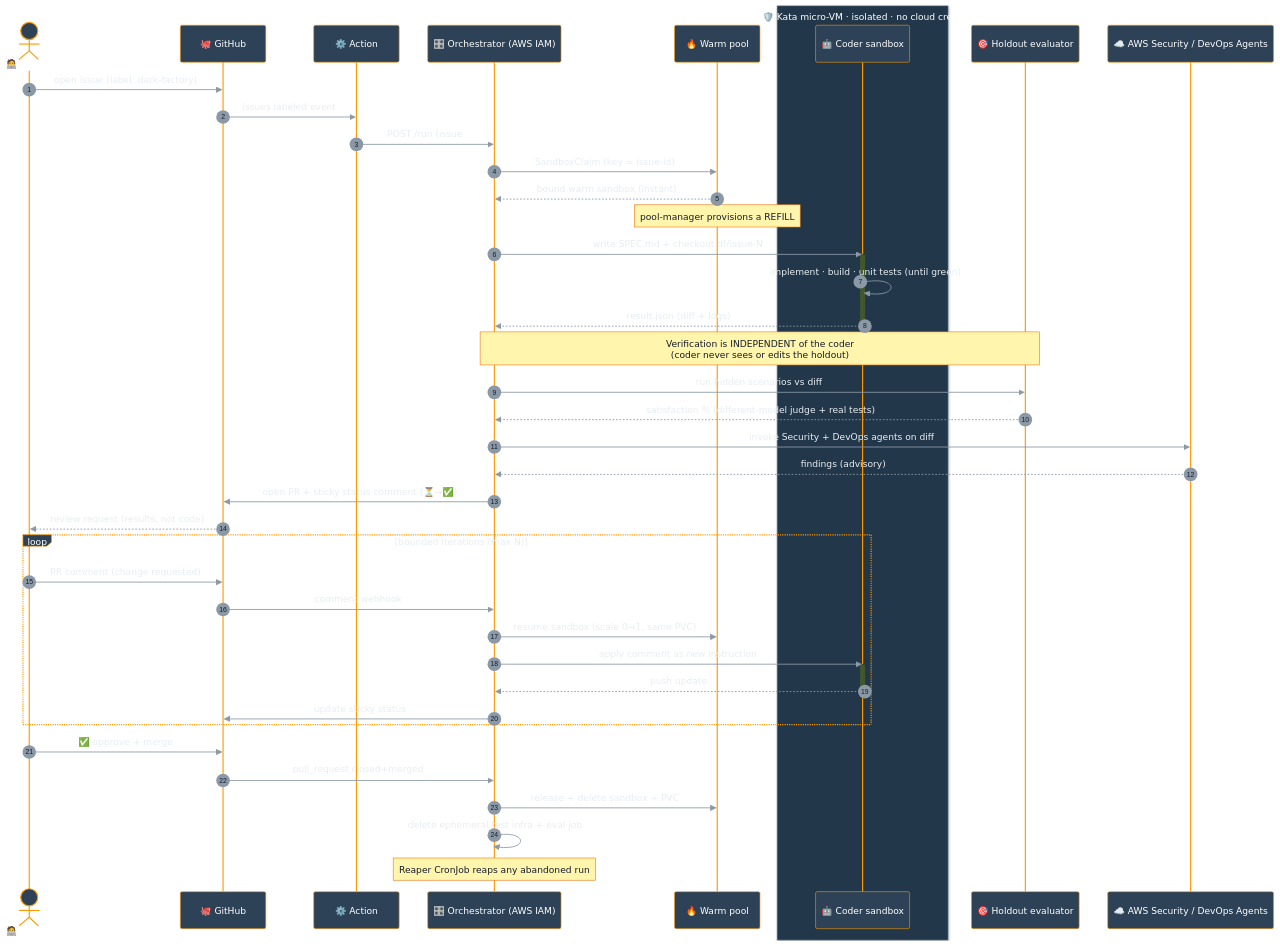
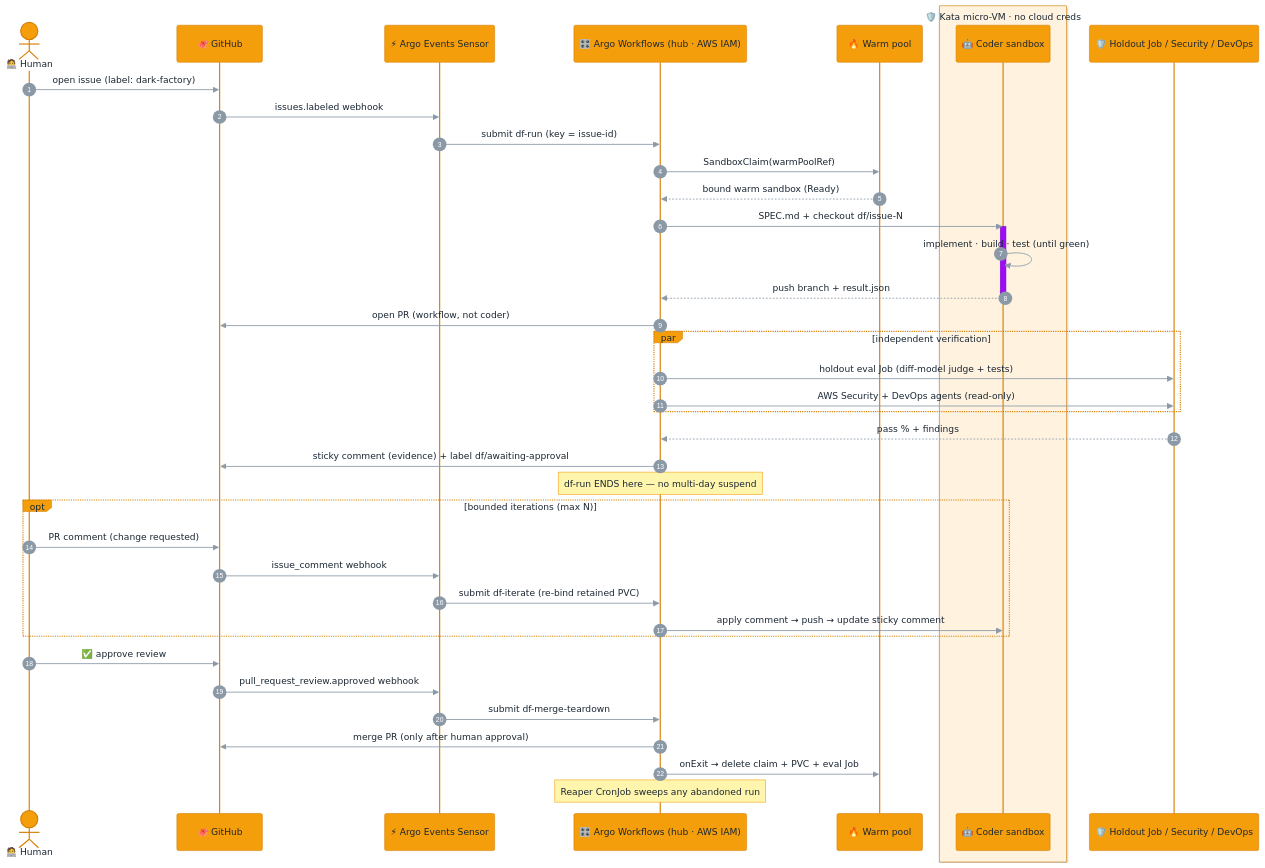
The third of 5 diagrams in docs/dark-factory/diagrams/flow-b-dark-factory.md (aws-samples/sample-open-agentic-platform), drawn with Mermaid before and after one commit. The commit also changed other lines of this file, not shown here.

First line of the commit message:
docs(dark-factory): Flow B diagrams — Argo Workflows on hub, single-cluster

````diff
--- a/docs/dark-factory/diagrams/flow-b-dark-factory.md
+++ b/docs/dark-factory/diagrams/flow-b-dark-factory.md
@@ -90,60 +147,53 @@
 ```mermaid
 %%{init: {'theme':'base','themeVariables':{
   'fontFamily':'Amazon Ember, Helvetica, Arial, sans-serif','fontSize':'13px',
-  'primaryColor':'#2E4257','primaryBorderColor':'#7C8FA3','primaryTextColor':'#FFFFFF',
-  'actorBkg':'#2E4257','actorBorder':'#FF9900','actorTextColor':'#FFFFFF',
-  'signalColor':'#8B99A7','signalTextColor':'#E8EDF2','lineColor':'#8B99A7',
-  'noteBkg':'#FF9900','noteTextColor':'#161E2D','noteBorderColor':'#EC7211',
-  'loopTextColor':'#E8EDF2','sequenceNumberColor':'#161E2D'}}}%%
+  'primaryColor':'#F59E0B','primaryBorderColor':'#D67E00','primaryTextColor':'#1B2733',
+  'actorBkg':'#F59E0B','actorBorder':'#D67E00','actorTextColor':'#1B2733',
+  'signalColor':'#8B99A7','signalTextColor':'#1B2733','lineColor':'#8B99A7',
+  'noteBkg':'#FFF3E0','noteTextColor':'#1B2733','noteBorderColor':'#F59E0B',
+  'loopTextColor':'#1B2733','sequenceNumberColor':'#FFFFFF'}}}%%
 sequenceDiagram
     autonumber
     actor Dev as 🧑‍💻 Human
     participant GH as 🐙 GitHub
-    participant GHA as ⚙️ Action
-    participant ORCH as 🎛️ Orchestrator (AWS IAM)
+    participant SEN as ⚡ Argo Events Sensor
+    participant WF as 🎛️ Argo Workflows (hub · AWS IAM)
     participant POOL as 🔥 Warm pool
-    box rgb(34,56,74) 🛡️ Kata micro-VM · isolated · no cloud creds
+    box rgb(255,243,224) 🛡️ Kata micro-VM · no cloud creds
     participant SBX as 🤖 Coder sandbox
     end
-    participant EVAL as 🎯 Holdout evaluator
-    participant AWS as ☁️ AWS Security / DevOps Agents
+    participant REV as 🛡️ Holdout Job / Security / DevOps
 
     Dev->>GH: open issue (label: dark-factory)
-    GH->>GHA: issues.labeled event
-    GHA->>ORCH: POST /run (issue #, repo, short-TTL token)
-    ORCH->>POOL: SandboxClaim (key = issue-id)
-    POOL-->>ORCH: bound warm sandbox (instant)
-    Note over POOL: pool-manager provisions a REFILL
+    GH->>SEN: issues.labeled webhook
+    SEN->>WF: submit df-run (key = issue-id)
+    WF->>POOL: SandboxClaim(warmPoolRef)
+    POOL-->>WF: bound warm sandbox (Ready)
+    WF->>SBX: SPEC.md + checkout df/issue-N
+    activate SBX
+    SBX->>SBX: implement · build · test (until green)
+    SBX-->>WF: push branch + result.json
+    deactivate SBX
+    WF->>GH: open PR (workflow, not coder)
+    par independent verification
+        WF->>REV: holdout eval Job (diff-model judge + tests)
+        WF->>REV: AWS Security + DevOps agents (read-only)
+    end
+    REV-->>WF: pass % + findings
+    WF->>GH: sticky comment (evidence) + label df/awaiting-approval
+    Note over WF: df-run ENDS here — no multi-day suspend
 
-    ORCH->>SBX: write SPEC.md + checkout df/issue-N
-    activate SBX
-    SBX->>SBX: implement · build · unit tests (until green)
-    SBX-->>ORCH: result.json (diff + logs)
-    deactivate SBX
-
-    Note over ORCH,EVAL: Verification is INDEPENDENT of the coder<br/>(coder never sees or edits the holdout)
-    ORCH->>EVAL: run hidden scenarios vs diff
-    EVAL-->>ORCH: satisfaction % (different-model judge + real tests)
-    ORCH->>AWS: invoke Security + DevOps agents on diff
-    AWS-->>ORCH: findings (advisory)
-
-    ORCH->>GH: open PR + sticky status comment (⏳→✅)
-    GH-->>Dev: review request (results, not code)
-
-    loop bounded iterations (max N)
+    opt bounded iterations (max N)
         Dev->>GH: PR comment (change requested)
-        GH->>ORCH: comment webhook
-        ORCH->>POOL: resume sandbox (scale 0→1, same PVC)
-        ORCH->>SBX: apply comment as new instruction
-        activate SBX
-        SBX-->>ORCH: push update
-        deactivate SBX
-        ORCH->>GH: update sticky status
+        GH->>SEN: issue_comment webhook
+        SEN->>WF: submit df-iterate (re-bind retained PVC)
+        WF->>SBX: apply comment → push → update sticky comment
     end
 
-    Dev->>GH: ✅ approve + merge
-    GH->>ORCH: pull_request closed+merged
-    ORCH->>POOL: release + delete sandbox + PVC
-    ORCH->>ORCH: delete ephemeral test infra + eval job
-    Note over ORCH: Reaper CronJob reaps any abandoned run
+    Dev->>GH: ✅ approve review
+    GH->>SEN: pull_request_review.approved webhook
+    SEN->>WF: submit df-merge-teardown
+    WF->>GH: merge PR (only after human approval)
+    WF->>POOL: onExit → delete claim + PVC + eval Job
+    Note over WF: Reaper CronJob sweeps any abandoned run
 ```
````
